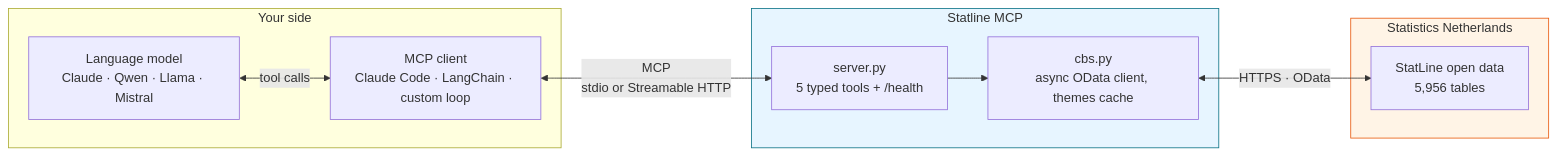
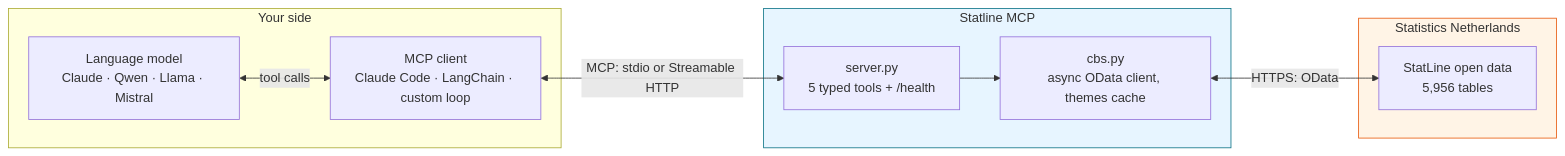
Before and after one commit to athithyai/Statline_MCP: the diagram in README.md, drawn with Mermaid. The commit also changed other lines of this file, not shown here.

First line of the commit message:
Tighten README: one diagram, numbered lists, plainer punctuation

````diff
--- a/README.md
+++ b/README.md
@@ -61,24 +63,24 @@
 ```mermaid
 flowchart LR
     subgraph client["Your side"]
         A["Language model<br/>Claude · Qwen · Llama · Mistral"]
         B["MCP client<br/>Claude Code · LangChain · custom loop"]
     end
 
     subgraph server["Statline MCP"]
         C["server.py<br/>5 typed tools + /health"]
         D["cbs.py<br/>async OData client, themes cache"]
     end
 
     subgraph upstream["Statistics Netherlands"]
         E["StatLine open data<br/>5,956 tables"]
     end
 
     A <-->|"tool calls"| B
-    B <-->|"MCP<br/>stdio or Streamable HTTP"| C
+    B <-->|"MCP: stdio or Streamable HTTP"| C
     C --> D
-    D <-->|"HTTPS · OData"| E
+    D <-->|"HTTPS: OData"| E
 
     style server fill:#e7f5ff,stroke:#0b7285
     style upstream fill:#fff4e6,stroke:#e8590c
 ```
````
